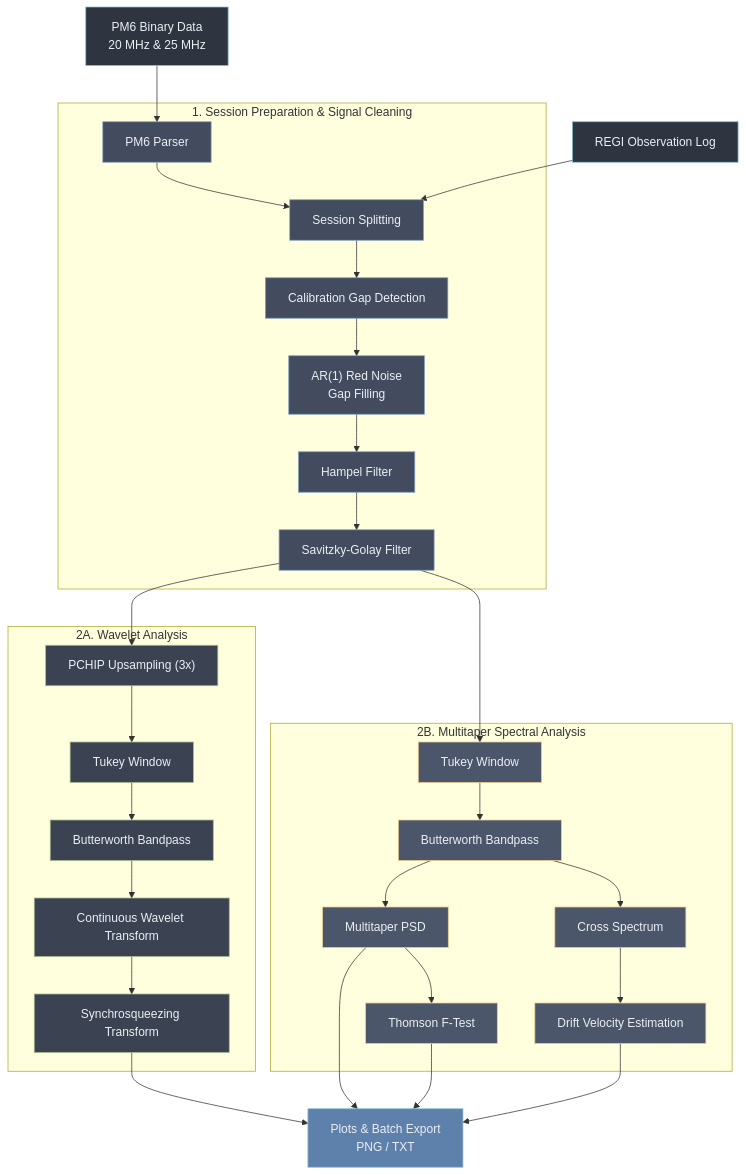
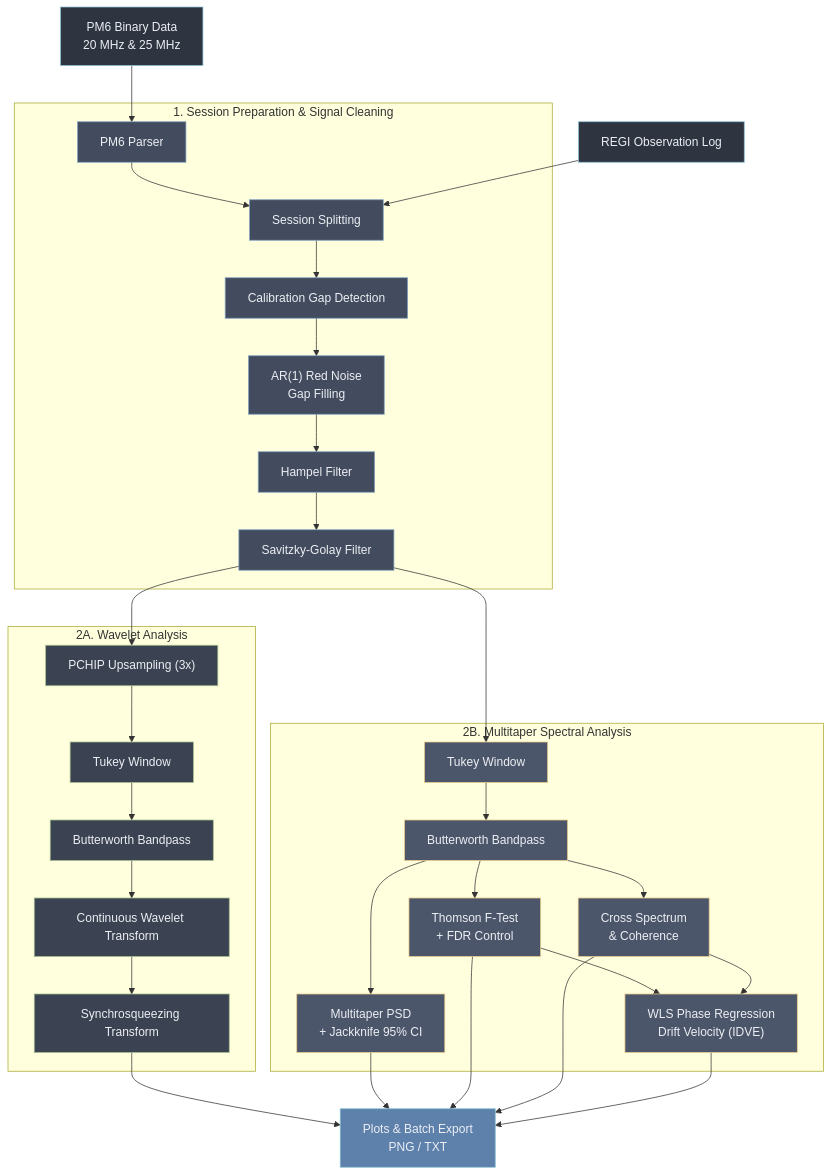
One commit to DanielZhicool/IonosphericScintillation changed the diagram in README.md. Above: the diagram before and after it, drawn with Mermaid. The commit also changed other lines of this file and 5 other files, not shown here.

````diff
--- a/README.md
+++ b/README.md
@@ -40,80 +41,82 @@
 ```mermaid
 flowchart TD
 
 %% ---------- Styles ----------
 classDef input fill:#2e3440,stroke:#88c0d0,color:#eceff4
 classDef prep fill:#434c5e,stroke:#81a1c1,color:#eceff4
 classDef wave fill:#3b4252,stroke:#a3be8c,color:#eceff4
 classDef spec fill:#4c566a,stroke:#ebcb8b,color:#eceff4
 classDef out fill:#5e81ac,stroke:#88c0d0,color:#eceff4
 
 %% ---------- Inputs ----------
 PM6["PM6 Binary Data\n20 MHz & 25 MHz"]:::input
 REGI["REGI Observation Log"]:::input
 
 %% ---------- Preparation ----------
 subgraph PREP["1. Session Preparation & Signal Cleaning"]
     Parser["PM6 Parser"]
     Split["Session Splitting"]
     Gaps["Calibration Gap Detection"]
     Fill["AR(1) Red Noise\nGap Filling"]
     Hampel["Hampel Filter"]
     SG["Savitzky-Golay Filter"]
 
     Parser --> Split
     Split --> Gaps
     Gaps --> Fill
     Fill --> Hampel
     Hampel --> SG
 end
 
 %% ---------- Wavelet ----------
 subgraph WAVE["2A. Wavelet Analysis"]
     PCHIP["PCHIP Upsampling (3x)"]
     Tukey1["Tukey Window"]
     BP1["Butterworth Bandpass"]
     CWT["Continuous Wavelet Transform"]
     SST["Synchrosqueezing Transform"]
 
     PCHIP --> Tukey1
     Tukey1 --> BP1
     BP1 --> CWT
     CWT --> SST
 end
 
 %% ---------- Spectral ----------
 subgraph SPEC["2B. Multitaper Spectral Analysis"]
     Tukey2["Tukey Window"]
     BP2["Butterworth Bandpass"]
-    PSD["Multitaper PSD"]
-    FTest["Thomson F-Test"]
-    Cross["Cross Spectrum"]
-    IDVE["Drift Velocity Estimation"]
+    PSD["Multitaper PSD\n+ Jackknife 95% CI"]
+    FTest["Thomson F-Test\n+ FDR Control"]
+    Cross["Cross Spectrum\n& Coherence"]
+    IDVE["WLS Phase Regression\nDrift Velocity (IDVE)"]
 
     Tukey2 --> BP2
     BP2 --> PSD
+    BP2 --> FTest
     BP2 --> Cross
-    PSD --> FTest
+    FTest --> IDVE
     Cross --> IDVE
 end
 
 %% ---------- Outputs ----------
 Export["Plots & Batch Export\nPNG / TXT"]:::out
 
 %% ---------- Connections ----------
 PM6 --> Parser
 REGI --> Split
 
 SG --> PCHIP
 SG --> Tukey2
 
 SST --> Export
 PSD --> Export
 FTest --> Export
+Cross --> Export
 IDVE --> Export
 
 %% ---------- Classes ----------
 class Parser,Split,Gaps,Fill,Hampel,SG prep
 class PCHIP,Tukey1,BP1,CWT,SST wave
 class Tukey2,BP2,PSD,FTest,Cross,IDVE spec
 ```
````
